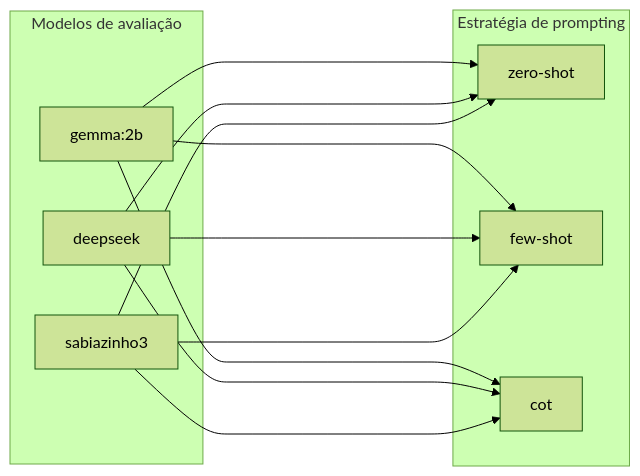
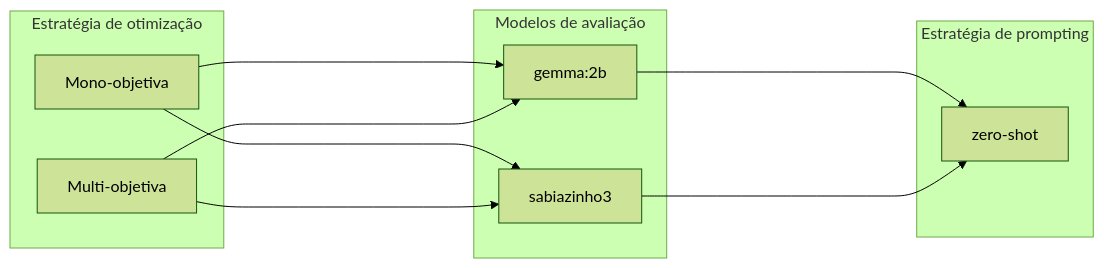
The diagram in README.md (SaraCamara/mo-prompt-project), drawn with Mermaid (forest theme) before and after one commit. The commit also changed other lines of this file and 6 other files, not shown here.

````diff
--- a/README.md
+++ b/README.md
@@ -135,17 +127,19 @@
 ```mermaid
 graph LR;
 
+subgraph Estratégia de otimização
+    Mono-objetiva
+    Multi-objetiva
+    end
+
 subgraph Modelos de avaliação  
     gemma:2b
-    deepseek
     sabiazinho3
     end
 
 subgraph Estratégia de prompting
     zero-shot
-    few-shot
-    cot
     end
 
- gemma:2b & deepseek & sabiazinho3 ------> zero-shot & few-shot & cot; 
+Mono-objetiva & Multi-objetiva ------>  gemma:2b & sabiazinho3 ------> zero-shot; 
 ```
````
